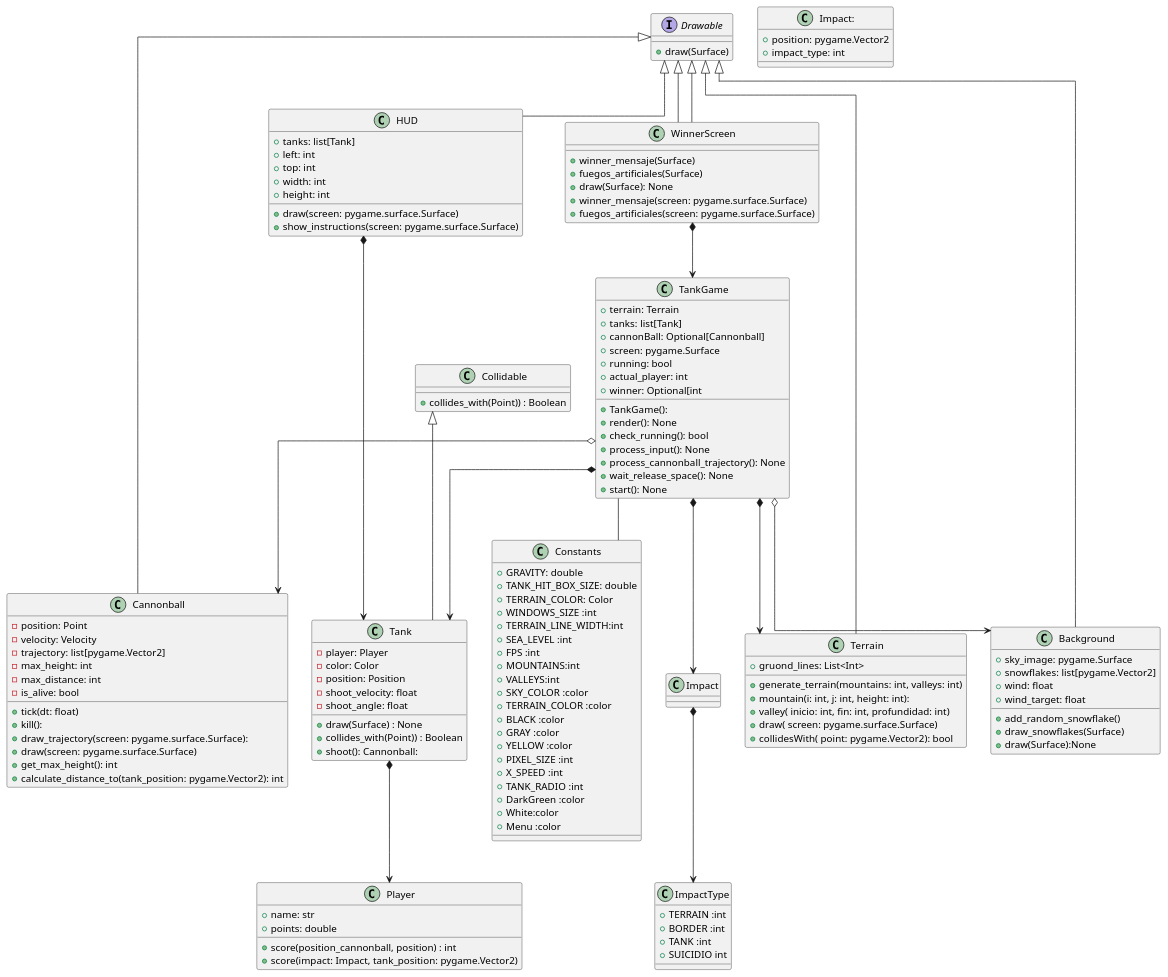
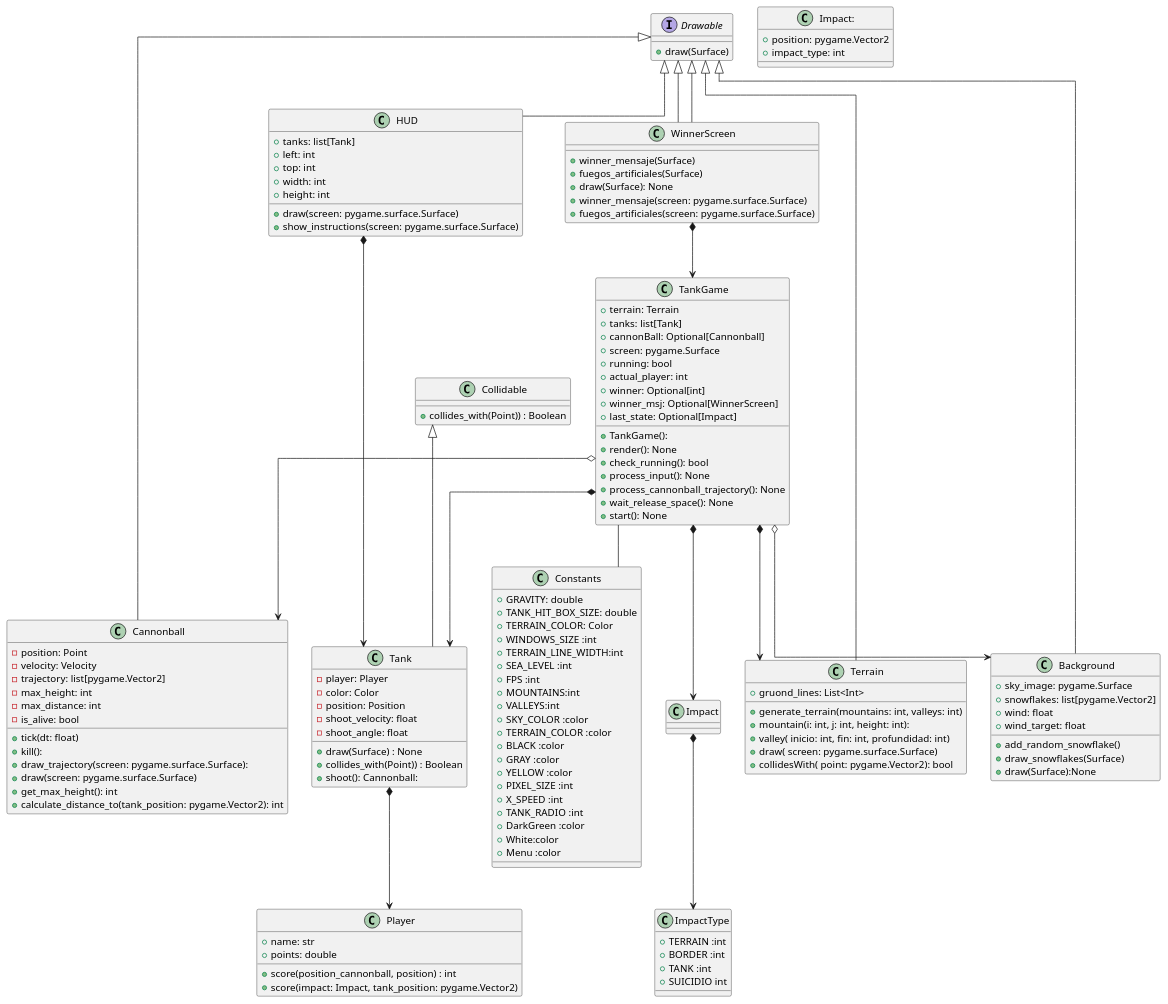
One commit to fraco-oxza/tankGame changed the diagram in uml/entire.plantuml. Above: the diagram before and after it, drawn with PlantUML. The commit also changed 1 other file, not shown here.

```diff
--- a/uml/entire.plantuml
+++ b/uml/entire.plantuml
@@ -1,157 +1,159 @@
 @startuml
 
 top to bottom direction
 skinparam linetype ortho
 
 ' Fco
 class TankGame {
     + terrain: Terrain
     + tanks: list[Tank]
     + cannonBall: Optional[Cannonball]
     + screen: pygame.Surface
     + running: bool
     + actual_player: int
-    + winner: Optional[int
+    + winner: Optional[int]
+    +winner_msj: Optional[WinnerScreen]
+    +last_state: Optional[Impact]
 
     + TankGame():
     + render(): None
     + check_running(): bool
     + process_input(): None
     + process_cannonball_trajectory(): None
     + wait_release_space(): None
     + start(): None
 
 }
 
 class Cannonball extends Drawable {
     - position: Point
     - velocity: Velocity
     - trajectory: list[pygame.Vector2]
     - max_height: int
     - max_distance: int
     - is_alive: bool
 
     +tick(dt: float)
     +kill():
     +draw_trajectory(screen: pygame.surface.Surface):
     +draw(screen: pygame.surface.Surface)
     +get_max_height(): int
     +calculate_distance_to(tank_position: pygame.Vector2): int
 
 
 
 }
 
 interface Drawable {
     + draw(Surface)
 }
 
 class HUD extends Drawable{
     + tanks: list[Tank]
     + left: int
     + top: int
     + width: int
     + height: int
  +draw(screen: pygame.surface.Surface)
  +show_instructions(screen: pygame.surface.Surface)
 
  }
 class WinnerScreen extends Drawable{
     +winner_mensaje(Surface)
     +fuegos_artificiales(Surface)
     +draw(Surface): None
 }
 
 class Terrain extends Drawable {
     +gruond_lines: List<Int>
 
     + generate_terrain(mountains: int, valleys: int)
     +mountain(i: int, j: int, height: int):
     +valley( inicio: int, fin: int, profundidad: int)
     +draw( screen: pygame.surface.Surface)
     +collidesWith( point: pygame.Vector2): bool
 }
 class Collidable {
  +collides_with(Point)) : Boolean
 }
 
 class Background extends Drawable{
     +sky_image: pygame.Surface
     +snowflakes: list[pygame.Vector2]
     +wind: float
     +wind_target: float
 
     + add_random_snowflake()
     + draw_snowflakes(Surface)
     +draw(Surface):None
 }
 class Tank extends Collidable  {
     - player: Player
     - color: Color
     - position: Position
     -shoot_velocity: float
     -shoot_angle: float
 
     +draw(Surface) : None
     +collides_with(Point)) : Boolean
     +shoot(): Cannonball:
 }
 
 class Player {
     +name: str
     + points: double
     +score(position_cannonball, position) : int
     +score(impact: Impact, tank_position: pygame.Vector2)
 }
 class WinnerScreen extends Drawable
 {
     +winner_mensaje(screen: pygame.surface.Surface)
     +fuegos_artificiales(screen: pygame.surface.Surface)
 }
 class Impact:
 {
     +position: pygame.Vector2
     +impact_type: int
 
 }
 
 class Constants {
     + GRAVITY: double
     + TANK_HIT_BOX_SIZE: double
     + TERRAIN_COLOR: Color
     + WINDOWS_SIZE :int
     + TERRAIN_LINE_WIDTH:int
     + SEA_LEVEL :int
     + FPS :int
     +MOUNTAINS:int
     +VALLEYS:int
     +SKY_COLOR :color
     +TERRAIN_COLOR :color
     +BLACK :color
     +GRAY :color
     +YELLOW :color
     +PIXEL_SIZE :int
     +X_SPEED :int
     +TANK_RADIO :int
     +DarkGreen :color
     +White:color
     +Menu :color
 }
 class ImpactType{
     +TERRAIN :int
     +BORDER :int
     +TANK :int
     +SUICIDIO int
 }
 TankGame -- Constants
 WinnerScreen *-->  TankGame
 TankGame *--> Tank
 TankGame o--> Cannonball
 TankGame *--> Terrain
 TankGame o-->Background
 Tank *--> Player
 HUD *--> Tank
 Impact *-->ImpactType
 TankGame *-->Impact
 
 @enduml
```
